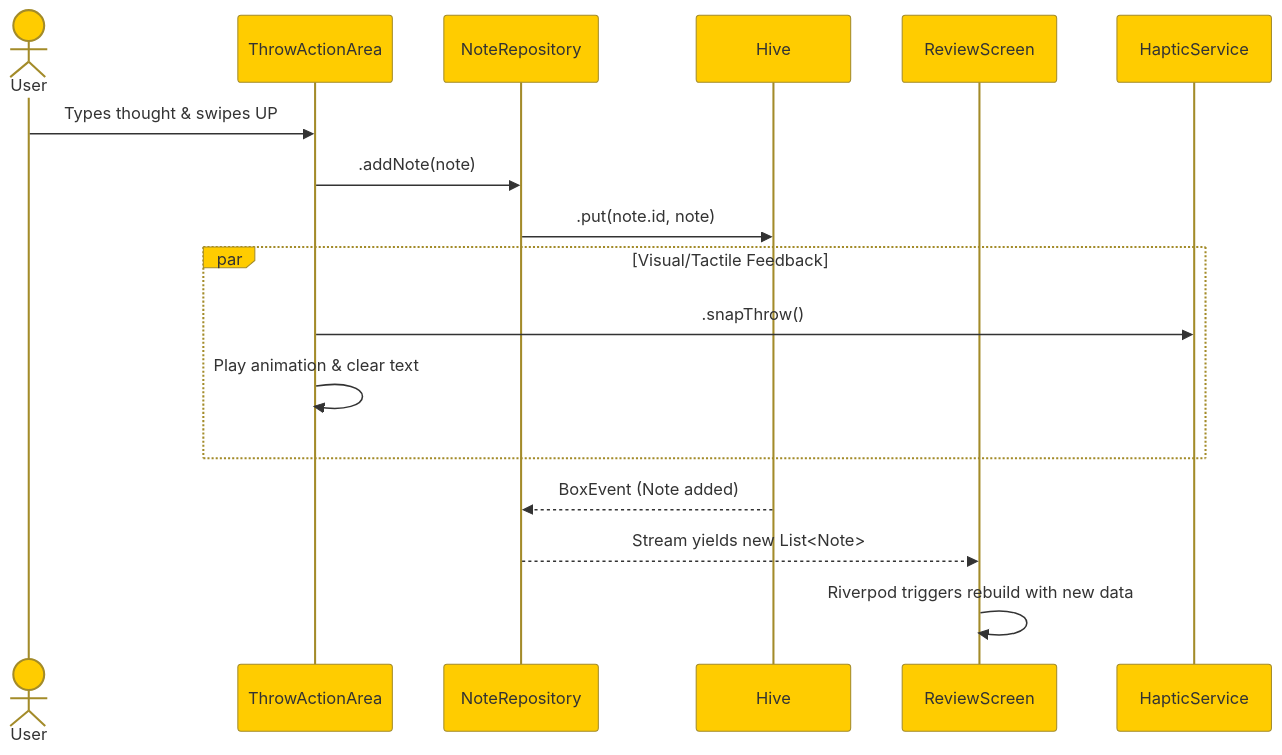
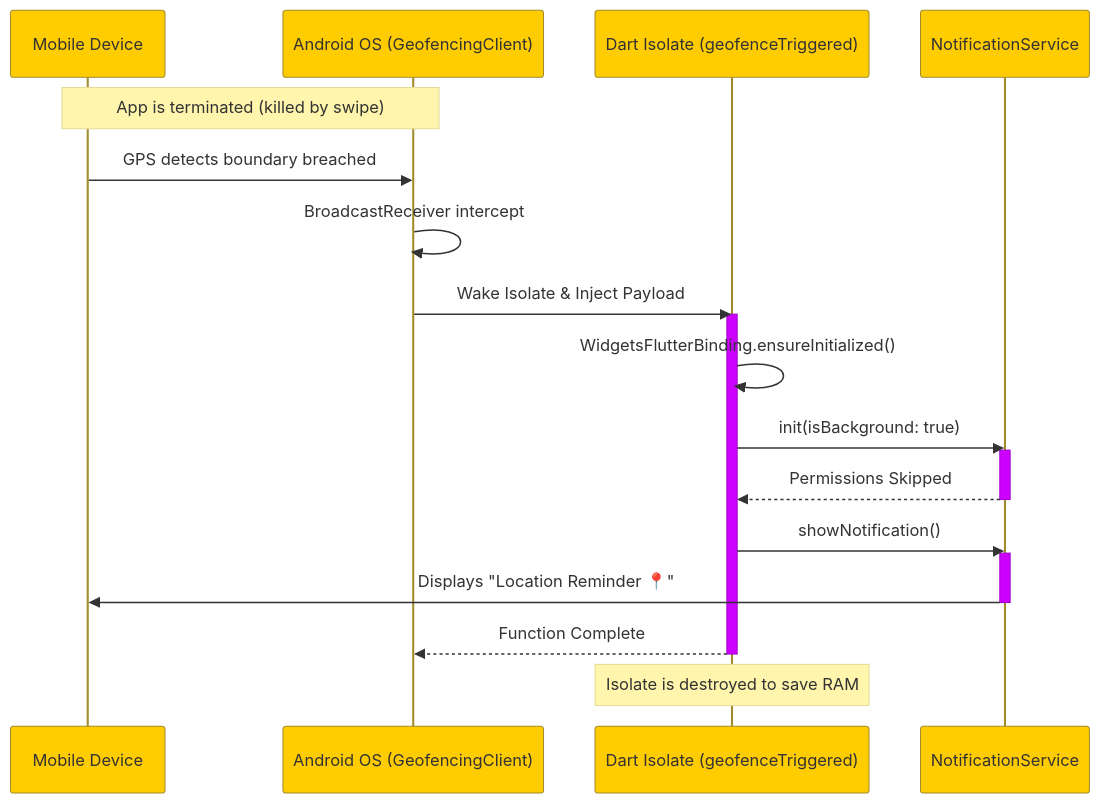
The second of 2 diagrams in PROJECT_MASTERCLASS.md (ricafort/NoteMeFy), drawn with Mermaid before and after one commit. The commit also changed other lines of this file and 10 other files, not shown here.

````diff
--- a/PROJECT_MASTERCLASS.md
+++ b/PROJECT_MASTERCLASS.md
@@ -73,21 +95,31 @@
 ```mermaid
 %%{init: {'theme': 'base', 'themeVariables': { 'primaryColor': '#ffcc00', 'edgeLabelBackground':'#ffffff', 'tertiaryColor': '#fff0f0'}}}%%
 sequenceDiagram
-    actor User
-    participant ThrowActionArea
-    participant NoteRepository
-    participant Hive
-    participant ReviewScreen
-    participant HapticService
-
-    User->>ThrowActionArea: Types thought & swipes UP
-    ThrowActionArea->>NoteRepository: .addNote(note)
-    NoteRepository->>Hive: .put(note.id, note)
-    par Visual/Tactile Feedback
-        ThrowActionArea->>HapticService: .snapThrow()
-        ThrowActionArea->>ThrowActionArea: Play animation & clear text
-    end
-    Hive-->>NoteRepository: BoxEvent (Note added)
-    NoteRepository-->>ReviewScreen: Stream yields new List<Note>
-    ReviewScreen->>ReviewScreen: Riverpod triggers rebuild with new data
+    participant User as Mobile Device
+    participant OS as Android OS (GeofencingClient)
+    participant Dart as Dart Isolate (geofenceTriggered)
+    participant Notif as NotificationService
+    
+    Note over User,OS: App is terminated (killed by swipe)
+    User->>OS: GPS detects boundary breached
+    OS->>OS: BroadcastReceiver intercept
+    
+    OS->>Dart: Wake Isolate & Inject Payload
+    activate Dart
+    
+    Dart->>Dart: WidgetsFlutterBinding.ensureInitialized()
+    
+    Dart->>Notif: init(isBackground: true)
+    activate Notif
+    Notif-->>Dart: Permissions Skipped
+    deactivate Notif
+    
+    Dart->>Notif: showNotification()
+    activate Notif
+    Notif->>User: Displays "Location Reminder 📍"
+    deactivate Notif
+    
+    Dart-->>OS: Function Complete
+    deactivate Dart
+    Note over Dart: Isolate is destroyed to save RAM
 ```
````
